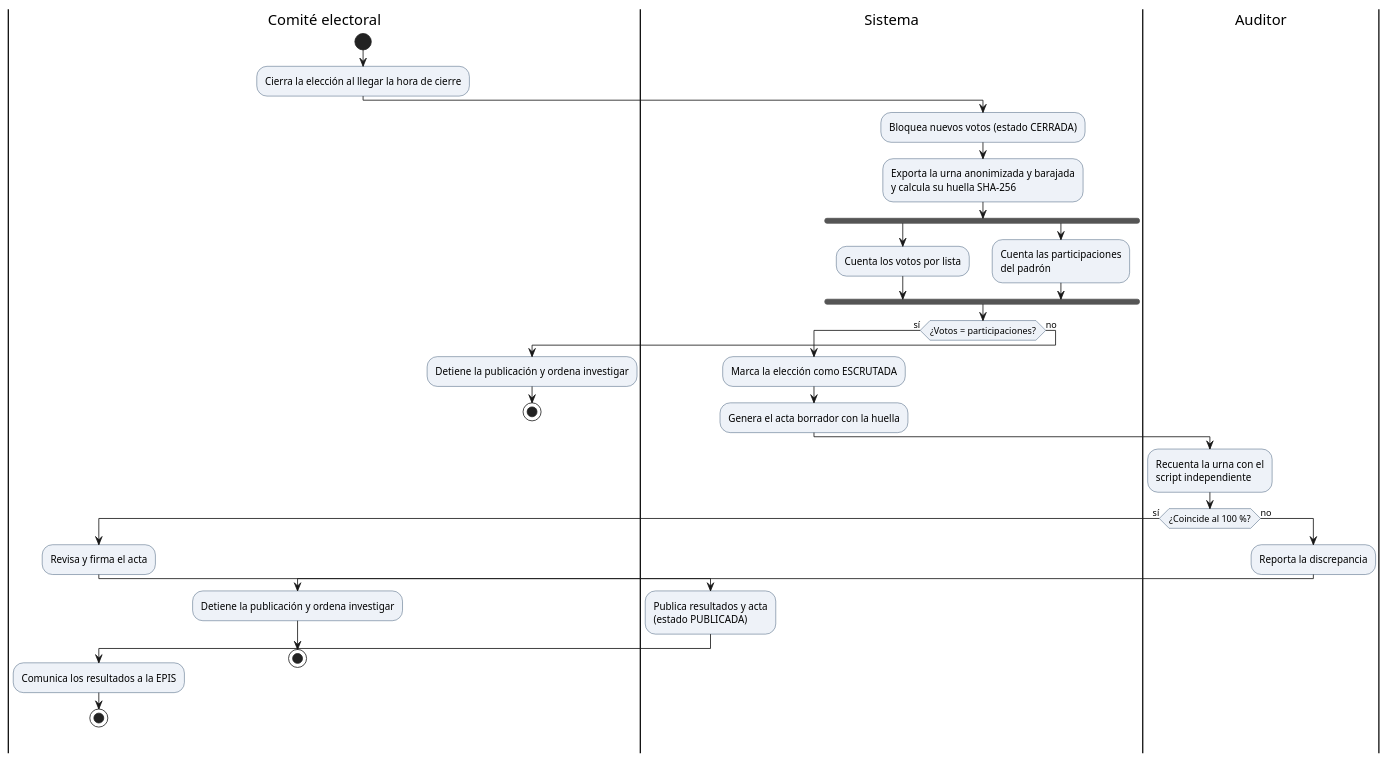
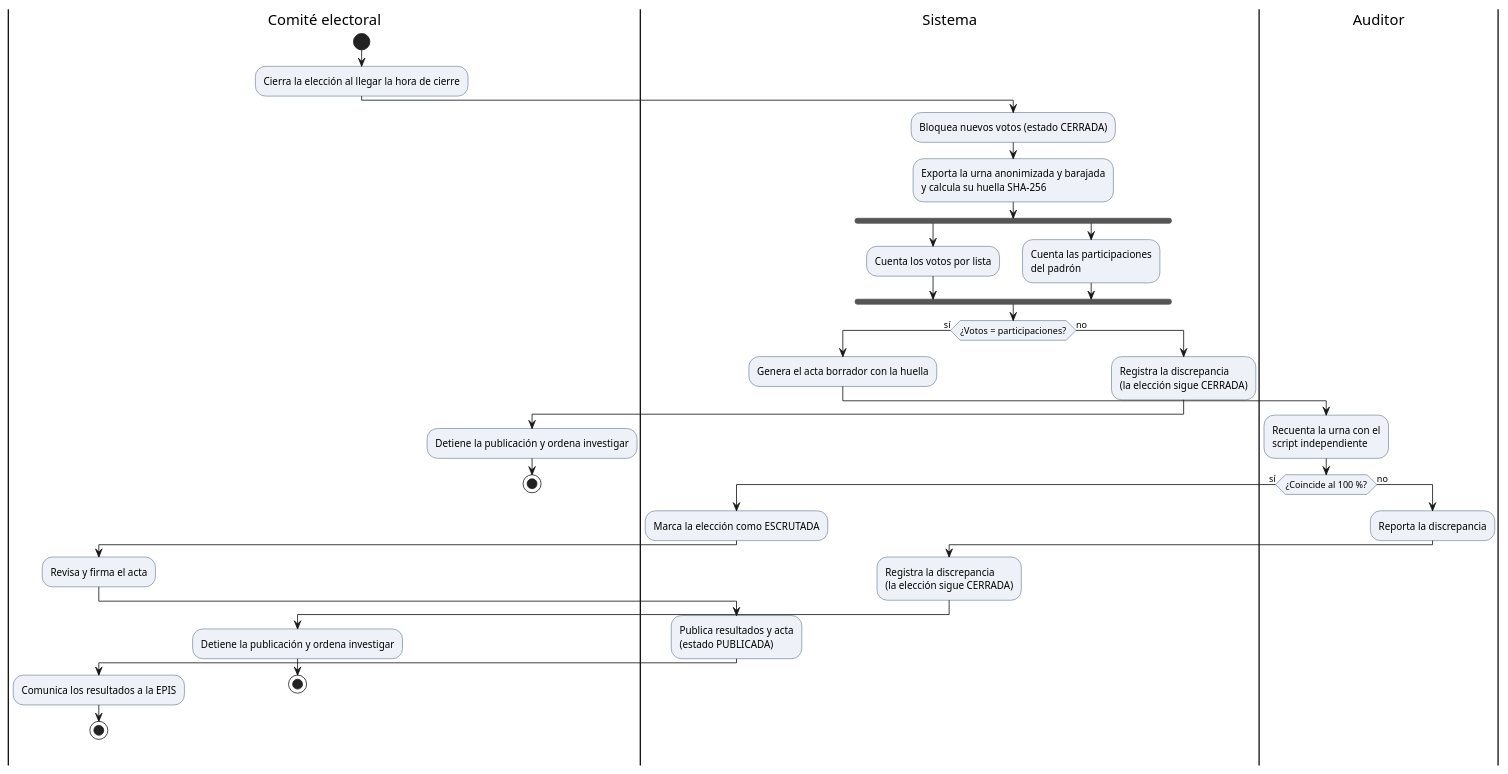
The diagram in docs/design/actividades-escrutinio-acta.puml (Echo104/cs-2026b-lab04-grupo05), drawn with PlantUML before and after one commit. The commit also changed 9 other files, not shown here.

```diff
--- a/docs/design/actividades-escrutinio-acta.puml
+++ b/docs/design/actividades-escrutinio-acta.puml
@@ -1,42 +1,47 @@
 @startuml actividades-escrutinio-acta
 skinparam shadowing false
 skinparam defaultFontName Arial
 skinparam ActivityBackgroundColor #EEF2F8
 skinparam ActivityBorderColor #1A3A5C
 |Comité electoral|
 start
 :Cierra la elección al llegar la hora de cierre;
 |Sistema|
 :Bloquea nuevos votos (estado CERRADA);
 :Exporta la urna anonimizada y barajada\ny calcula su huella SHA-256;
 fork
   :Cuenta los votos por lista;
 fork again
   :Cuenta las participaciones\ndel padrón;
 end fork
 if (¿Votos = participaciones?) then (sí)
-  :Marca la elección como ESCRUTADA;
   :Genera el acta borrador con la huella;
   |Auditor|
   :Recuenta la urna con el\nscript independiente;
   if (¿Coincide al 100 %?) then (sí)
+    |Sistema|
+    :Marca la elección como ESCRUTADA;
     |Comité electoral|
     :Revisa y firma el acta;
     |Sistema|
     :Publica resultados y acta\n(estado PUBLICADA);
     |Comité electoral|
     :Comunica los resultados a la EPIS;
     stop
   else (no)
     |Auditor|
     :Reporta la discrepancia;
+    |Sistema|
+    :Registra la discrepancia\n(la elección sigue CERRADA);
     |Comité electoral|
     :Detiene la publicación y ordena investigar;
     stop
   endif
 else (no)
+  |Sistema|
+  :Registra la discrepancia\n(la elección sigue CERRADA);
   |Comité electoral|
   :Detiene la publicación y ordena investigar;
   stop
 endif
 @enduml
```
